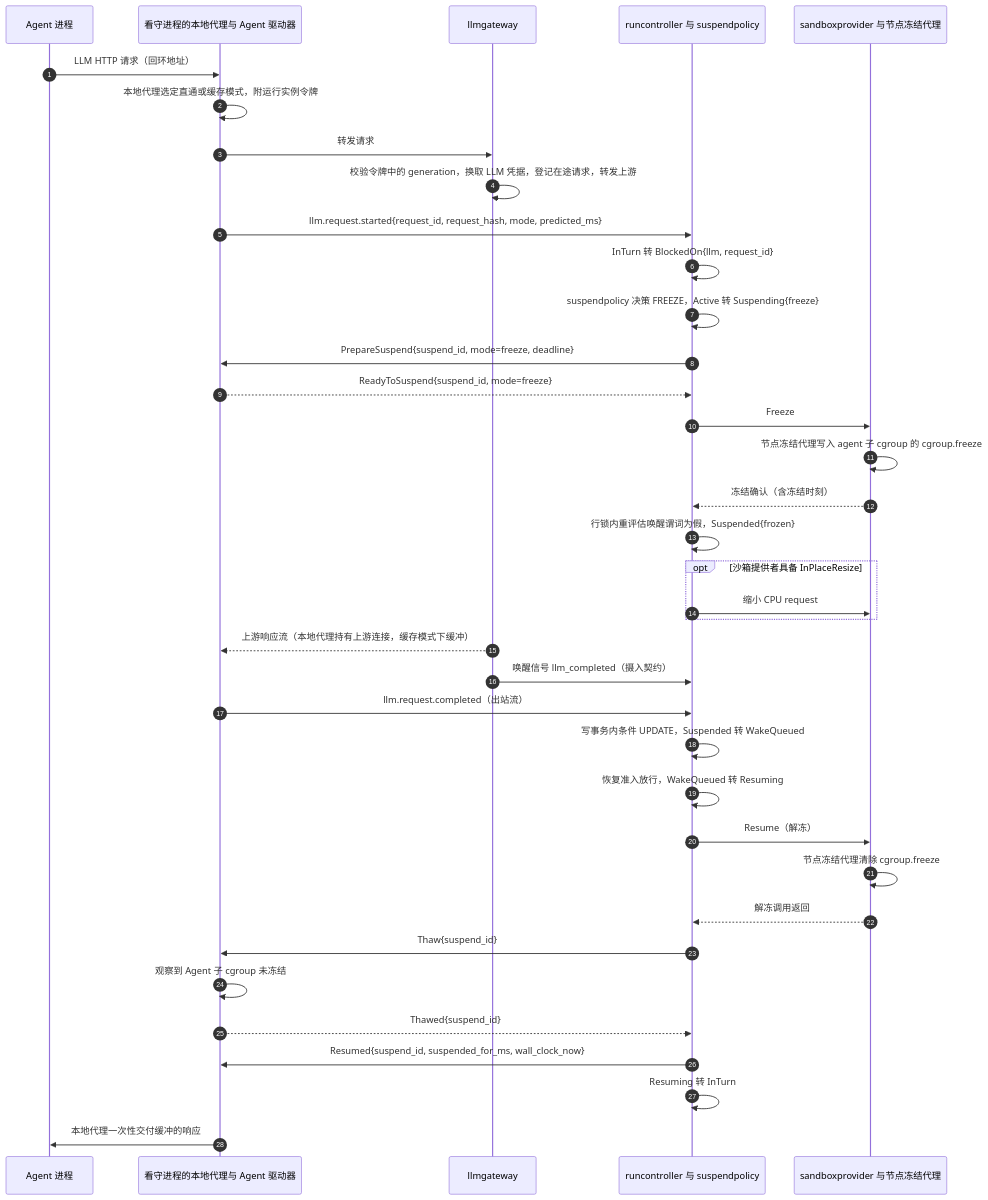
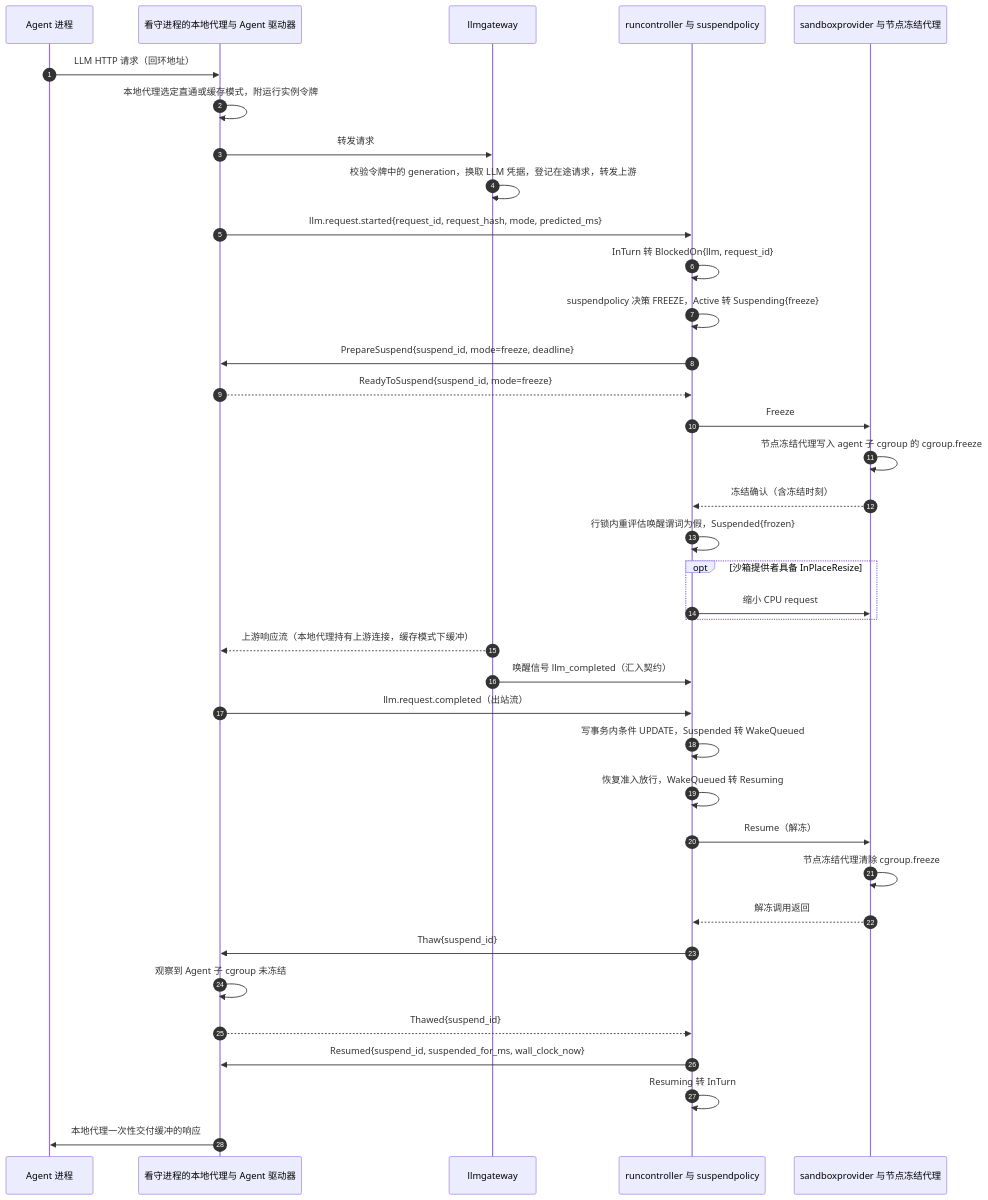
Before and after one commit to wangzw/castworks: the fourth of 7 diagrams in docs/design/architecture.md, drawn with Mermaid. The commit also changed other lines of this file and 7 other files, not shown here.

````diff
--- a/docs/design/architecture.md
+++ b/docs/design/architecture.md
@@ -277,39 +277,39 @@
 ```mermaid
 sequenceDiagram
     autonumber
     participant A as Agent 进程
     participant W as 看守进程的本地代理与 Agent 驱动器
     participant G as llmgateway
     participant R as runcontroller 与 suspendpolicy
     participant P as sandboxprovider 与节点冻结代理
     A->>W: LLM HTTP 请求（回环地址）
     W->>W: 本地代理选定直通或缓存模式，附运行实例令牌
     W->>G: 转发请求
     G->>G: 校验令牌中的 generation，换取 LLM 凭据，登记在途请求，转发上游
     W->>R: llm.request.started{request_id, request_hash, mode, predicted_ms}
     R->>R: InTurn 转 BlockedOn{llm, request_id}
     R->>R: suspendpolicy 决策 FREEZE，Active 转 Suspending{freeze}
     R->>W: PrepareSuspend{suspend_id, mode=freeze, deadline}
     W-->>R: ReadyToSuspend{suspend_id, mode=freeze}
     R->>P: Freeze
     P->>P: 节点冻结代理写入 agent 子 cgroup 的 cgroup.freeze
     P-->>R: 冻结确认（含冻结时刻）
     R->>R: 行锁内重评估唤醒谓词为假，Suspended{frozen}
     opt 沙箱提供者具备 InPlaceResize
         R->>P: 缩小 CPU request
     end
     G-->>W: 上游响应流（本地代理持有上游连接，缓存模式下缓冲）
-    G->>R: 唤醒信号 llm_completed（摄入契约）
+    G->>R: 唤醒信号 llm_completed（汇入契约）
     W->>R: llm.request.completed（出站流）
     R->>R: 写事务内条件 UPDATE，Suspended 转 WakeQueued
     R->>R: 恢复准入放行，WakeQueued 转 Resuming
     R->>P: Resume（解冻）
     P->>P: 节点冻结代理清除 cgroup.freeze
     P-->>R: 解冻调用返回
     R->>W: Thaw{suspend_id}
     W->>W: 观察到 Agent 子 cgroup 未冻结
     W-->>R: Thawed{suspend_id}
     R->>W: Resumed{suspend_id, suspended_for_ms, wall_clock_now}
     R->>R: Resuming 转 InTurn
     W->>A: 本地代理一次性交付缓冲的响应
 ```
````
